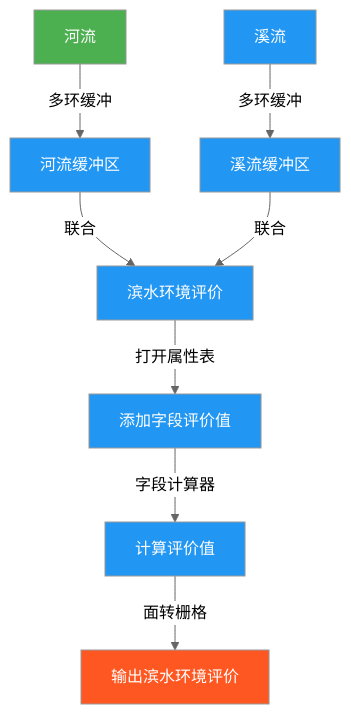
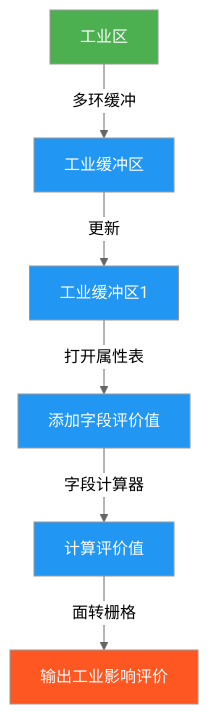
Before and after one commit to newguser/iodraw-files: the diagram in all/未命名.md, drawn with Mermaid (neutral theme).

Commit message:
2025-02-27 16:13:13 update

````diff
--- a/all/未命名.md
+++ b/all/未命名.md
@@ -1,15 +1,13 @@
 ```mermaid
 graph TD
-    A[河流] -->|多环缓冲| B[河流缓冲区]
-    C[溪流] -->|多环缓冲| D[溪流缓冲区]
-    B -->|联合| E[滨水环境评价]
-    D -->|联合| E
-    E -->|打开属性表| F[添加字段评价值]
-    F -->|字段计算器| G[计算评价值]
-    G -->|面转栅格| H[输出滨水环境评价]
+    A[工业区] -->|多环缓冲| B[工业缓冲区]
+    B -->|更新| C[工业缓冲区1]
+    C -->|打开属性表| D[添加字段评价值]
+    D -->|字段计算器| E[计算评价值]
+    E -->|面转栅格| F[输出工业影响评价]
 
     style A fill:#4CAF50,color:white
-    style H fill:#FF5722,color:white
+    style F fill:#FF5722,color:white
     classDef process fill:#2196F3,color:white;
-    class B,C,D,E,F,G process
+    class B,C,D,E process
 ```
````
